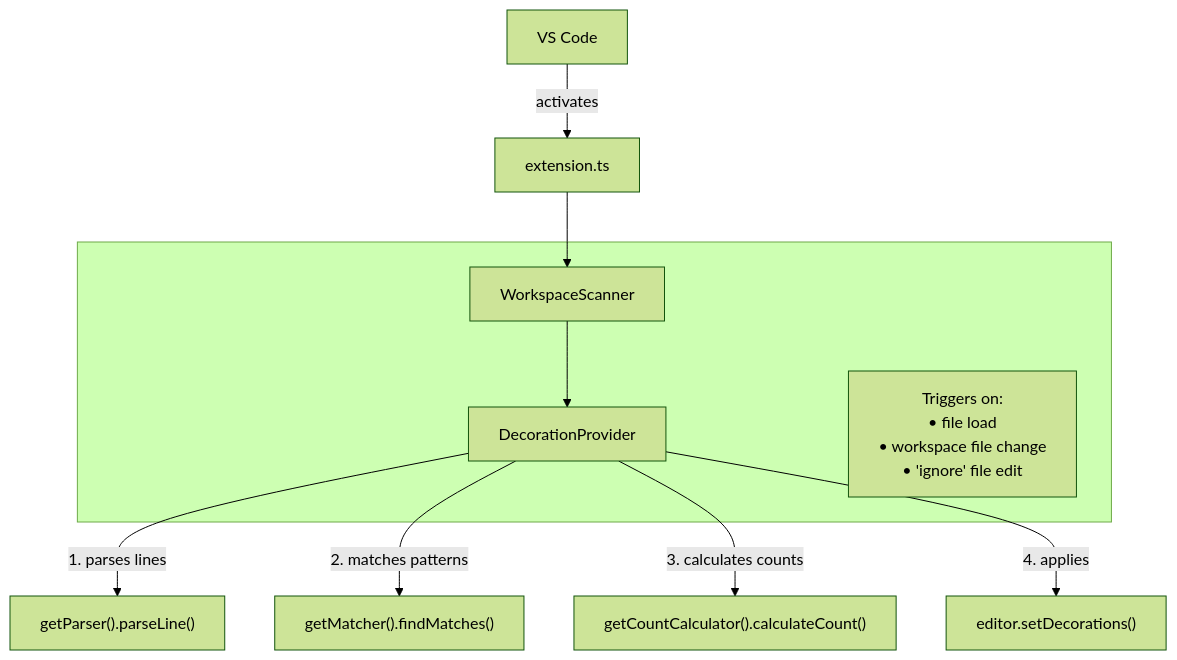
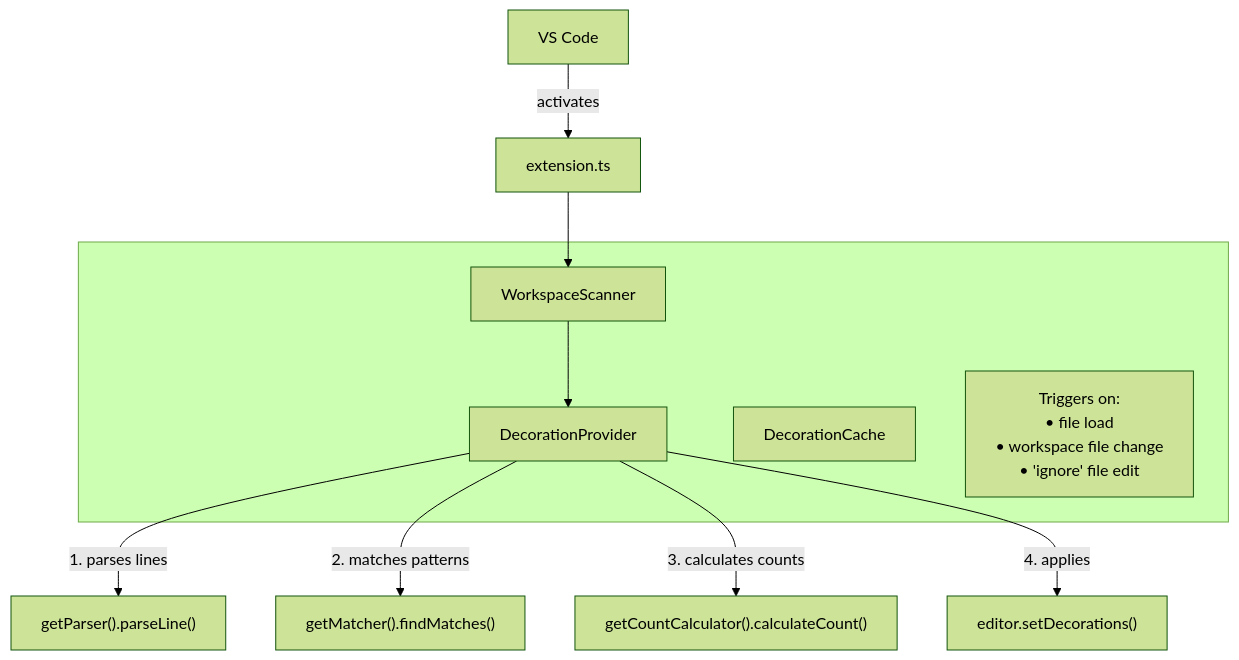
Before and after one commit to jasonftl/ignore_lens: the diagram in docs/flow.md, drawn with Mermaid (forest theme). The commit also changed other lines of this file, not shown here.

First line of the commit message:
Update flow.md documentation

````diff
--- a/docs/flow.md
+++ b/docs/flow.md
@@ -5,16 +5,17 @@
 ```mermaid
 flowchart TD
     A[VS Code] -->|activates| B[extension.ts]
     B --> C
 
     subgraph " "
         C[WorkspaceScanner] --> D[DecorationProvider]
+        K[DecorationCache]
         N["Triggers on:<br>• file load<br>• workspace file change<br>• 'ignore' file edit"]
     end
 
 
     D -->|1. parses lines| E["getParser().parseLine()"]
     D -->|2. matches patterns| F["getMatcher().findMatches()"]
     D -->|3. calculates counts| H["getCountCalculator().calculateCount()"]
     D -->|4. applies| G["editor.setDecorations()"]
 ```
````
